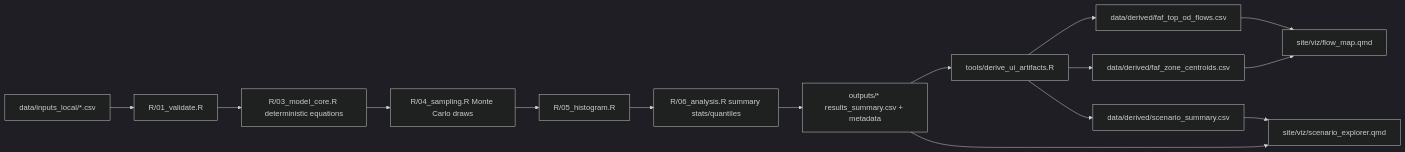
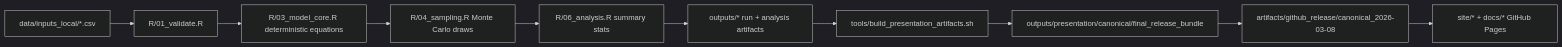
The diagram in site/index.qmd (dMac716/coldchain-freight-montecarlo), drawn with Mermaid (dark theme) before and after one commit. The commit also changed other lines of this file and 5 other files, not shown here.

Commit message:
docs: polish github pages layout and methodology presentation

````diff
--- a/site/index.qmd
+++ b/site/index.qmd
@@ -46,17 +107,12 @@
 ```{mermaid}
 flowchart LR
   A[data/inputs_local/*.csv] --> B[R/01_validate.R]
   B --> C[R/03_model_core.R deterministic equations]
   C --> D[R/04_sampling.R Monte Carlo draws]
-  D --> E[R/05_histogram.R]
-  E --> F[R/06_analysis.R summary stats/quantiles]
-  F --> G[outputs/* results_summary.csv + metadata]
-  G --> H[tools/derive_ui_artifacts.R]
-  H --> I[data/derived/faf_top_od_flows.csv]
-  H --> J[data/derived/faf_zone_centroids.csv]
-  H --> K[data/derived/scenario_summary.csv]
-  I --> L[site/viz/flow_map.qmd]
-  J --> L
-  K --> M[site/viz/scenario_explorer.qmd]
-  G --> M
+  D --> E[R/06_analysis.R summary stats]
+  E --> F[outputs/* run + analysis artifacts]
+  F --> G[tools/build_presentation_artifacts.sh]
+  G --> H[outputs/presentation/canonical/final_release_bundle]
+  H --> I[artifacts/github_release/canonical_2026-03-08]
+  I --> J[site/* + docs/* GitHub Pages]
 ```
````
